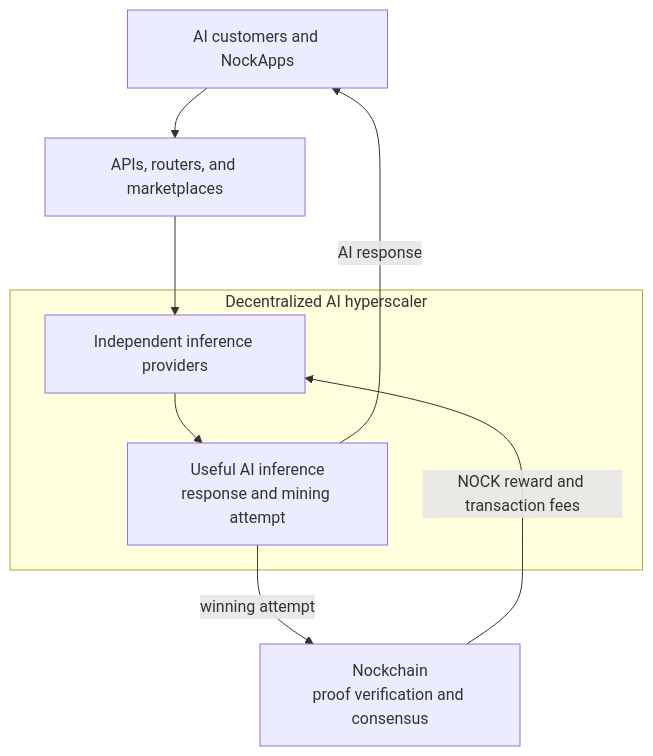
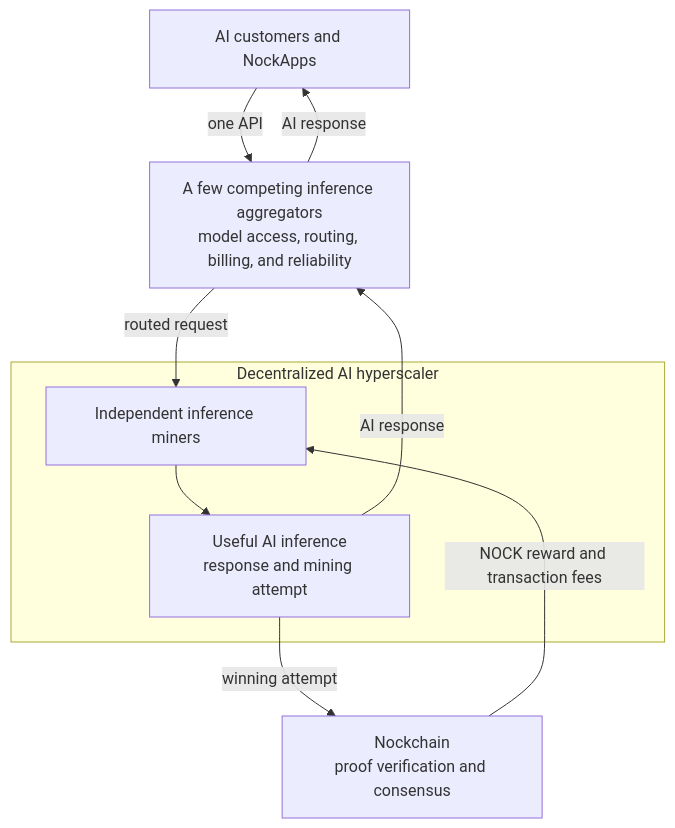
One commit to nockchain/nockchain changed the diagram in ai-compute-network-eli5.md. Above: the diagram before and after it, drawn with Mermaid. The commit also changed other lines of this file, not shown here.

First line of the commit message:
Explain the inference aggregator layer

````diff
--- a/ai-compute-network-eli5.md
+++ b/ai-compute-network-eli5.md
@@ -105,13 +117,14 @@
 ```mermaid
 flowchart TB
-  C["AI customers and NockApps"] --> R["APIs, routers, and marketplaces"]
+  C["AI customers and NockApps"] -->|"one API"| A["A few competing inference aggregators<br/>model access, routing, billing, and reliability"]
 
   subgraph H["Decentralized AI hyperscaler"]
-    P["Independent inference providers"] --> G["Useful AI inference<br/>response and mining attempt"]
+    P["Independent inference miners"] --> G["Useful AI inference<br/>response and mining attempt"]
   end
 
-  R --> P
-  G -->|"AI response"| C
+  A -->|"routed request"| P
+  G -->|"AI response"| A
+  A -->|"AI response"| C
   G -->|"winning attempt"| N["Nockchain<br/>proof verification and consensus"]
   N -->|"NOCK reward and transaction fees"| P
 ```
````
